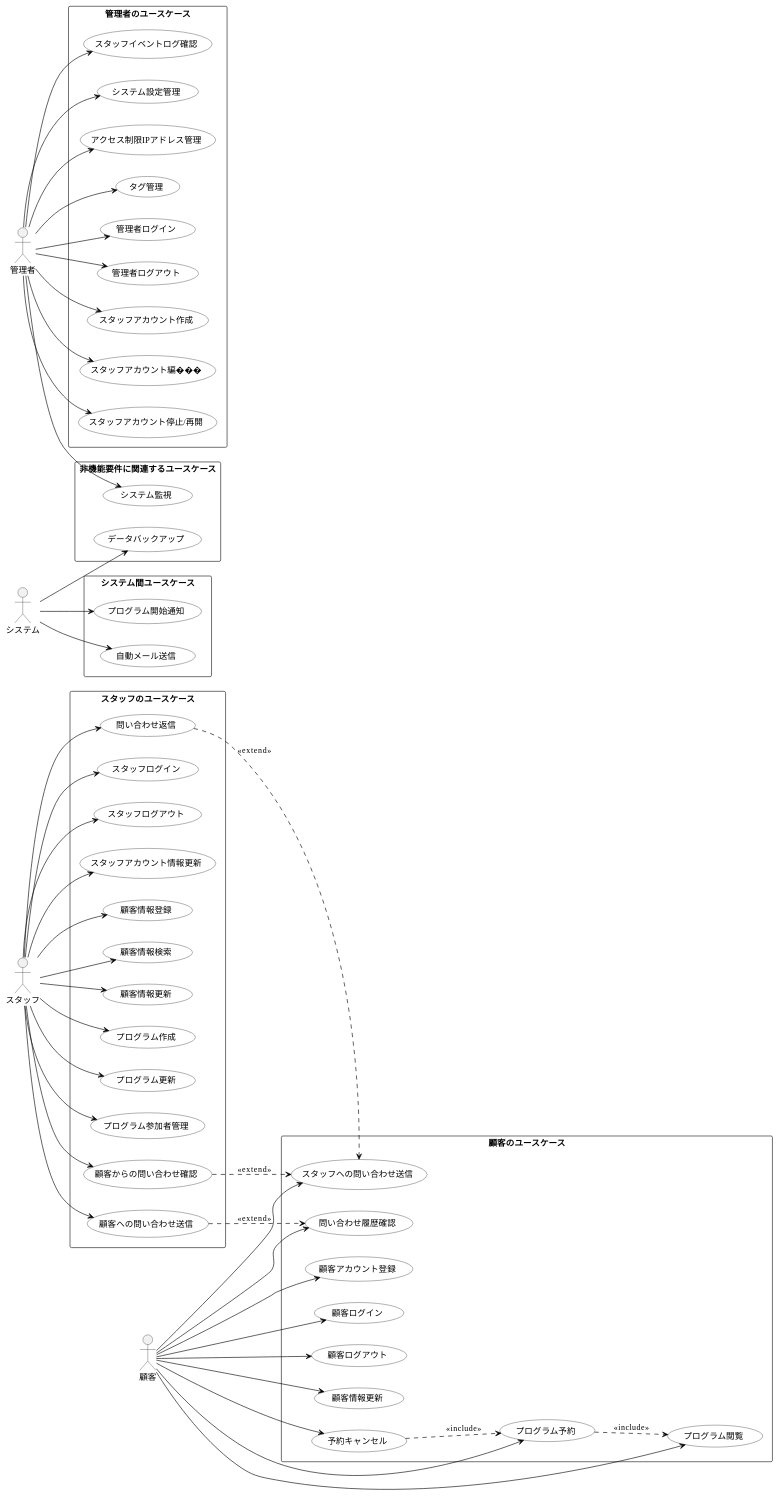
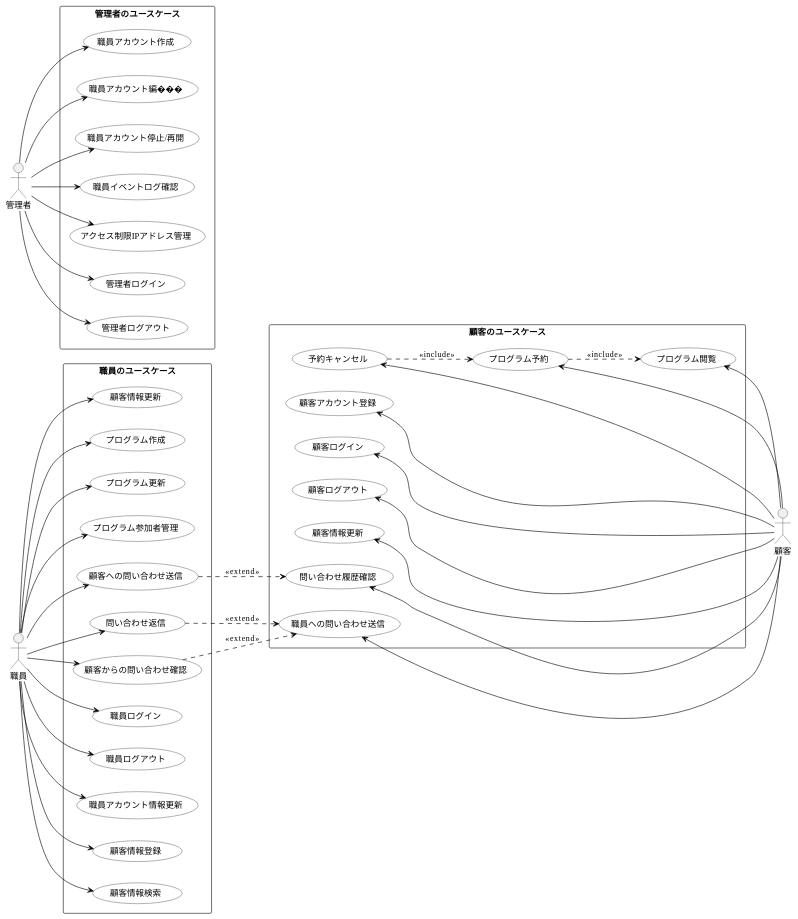
One commit to k2works/baukis-kai changed the diagram in docs/ユースケース.md. Above: the diagram before and after it, drawn with PlantUML. The commit also changed other lines of this file, not shown here.

```diff
--- a/docs/ユースケース.md
+++ b/docs/ユースケース.md
@@ -401,15 +347,14 @@
   ActorFontColor black
 }
 
-actor "スタッフ" as Staff
+actor "職員" as Staff
 actor "顧客" as Customer
 actor "管理者" as Admin
-actor "システム" as System
 
-rectangle "スタッフのユースケース" {
-  usecase "スタッフログイン" as S001
-  usecase "スタッフログアウト" as S002
-  usecase "スタッフアカウント情報更新" as S003
+rectangle "職員のユースケース" {
+  usecase "職員ログイン" as S001
+  usecase "職員ログアウト" as S002
+  usecase "職員アカウント情報更新" as S003
   usecase "顧客情報登録" as S004
   usecase "顧客情報検索" as S005
   usecase "顧客情報更新" as S006
@@ -429,30 +374,18 @@
   usecase "プログラム閲覧" as C005
   usecase "プログラム予約" as C006
   usecase "予約キャンセル" as C007
-  usecase "スタッフへの問い合わせ送信" as C008
+  usecase "職員への問い合わせ送信" as C008
   usecase "問い合わせ履歴確認" as C009
 }
 
 rectangle "管理者のユースケース" {
   usecase "管理者ログイン" as A001
   usecase "管理者ログアウト" as A002
-  usecase "スタッフアカウント作成" as A003
-  usecase "スタッフアカウント編���" as A004
-  usecase "スタッフアカウント停止/再開" as A005
-  usecase "スタッフイベントログ確認" as A006
-  usecase "システム設定管理" as A007
+  usecase "職員アカウント作成" as A003
+  usecase "職員アカウント編���" as A004
+  usecase "職員アカウント停止/再開" as A005
+  usecase "職員イベントログ確認" as A006
   usecase "アクセス制限IPアドレス管理" as A008
-  usecase "タグ管理" as A009
-}
-
-rectangle "システム間ユースケース" {
-  usecase "自動メール送信" as SYS001
-  usecase "プログラム開始通知" as SYS002
-}
-
-rectangle "非機能要件に関連するユースケース" {
-  usecase "システム監視" as NF001
-  usecase "データバックアップ" as NF002
 }
 
 Staff --> S001
@@ -468,15 +401,15 @@
 Staff --> S011
 Staff --> S012
 
-Customer --> C001
-Customer --> C002
-Customer --> C003
-Customer --> C004
-Customer --> C005
-Customer --> C006
-Customer --> C007
-Customer --> C008
-Customer --> C009
+C001 <-- Customer
+C002 <-- Customer
+C003 <-- Customer
+C004 <-- Customer
+C005 <-- Customer
+C006 <-- Customer
+C007 <-- Customer
+C008 <-- Customer
+C009 <-- Customer
 
 Admin --> A001
 Admin --> A002
@@ -484,14 +417,7 @@
 Admin --> A004
 Admin --> A005
 Admin --> A006
-Admin --> A007
 Admin --> A008
-Admin --> A009
-Admin --> NF001
-
-System --> SYS001
-System --> SYS002
-System --> NF002
 
 S010 ..> C009 : <<extend>>
 S011 ..> C008 : <<extend>>
```
